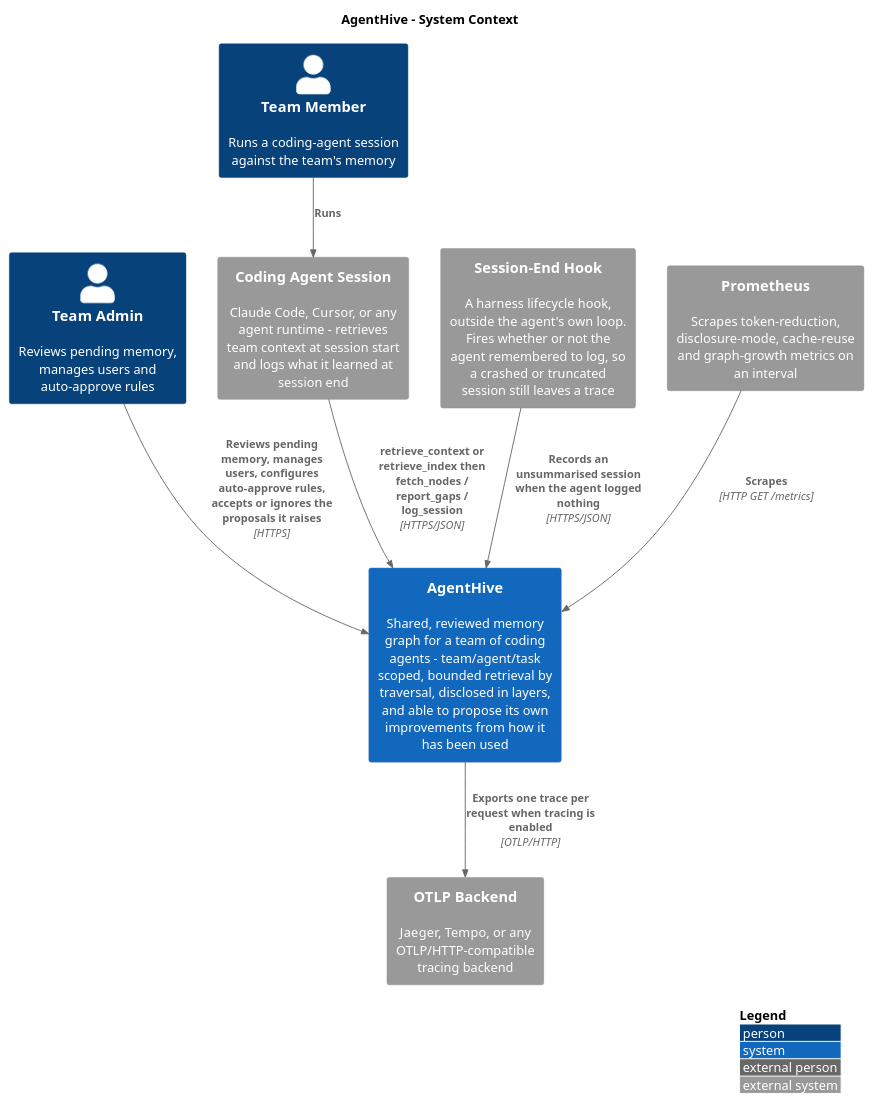
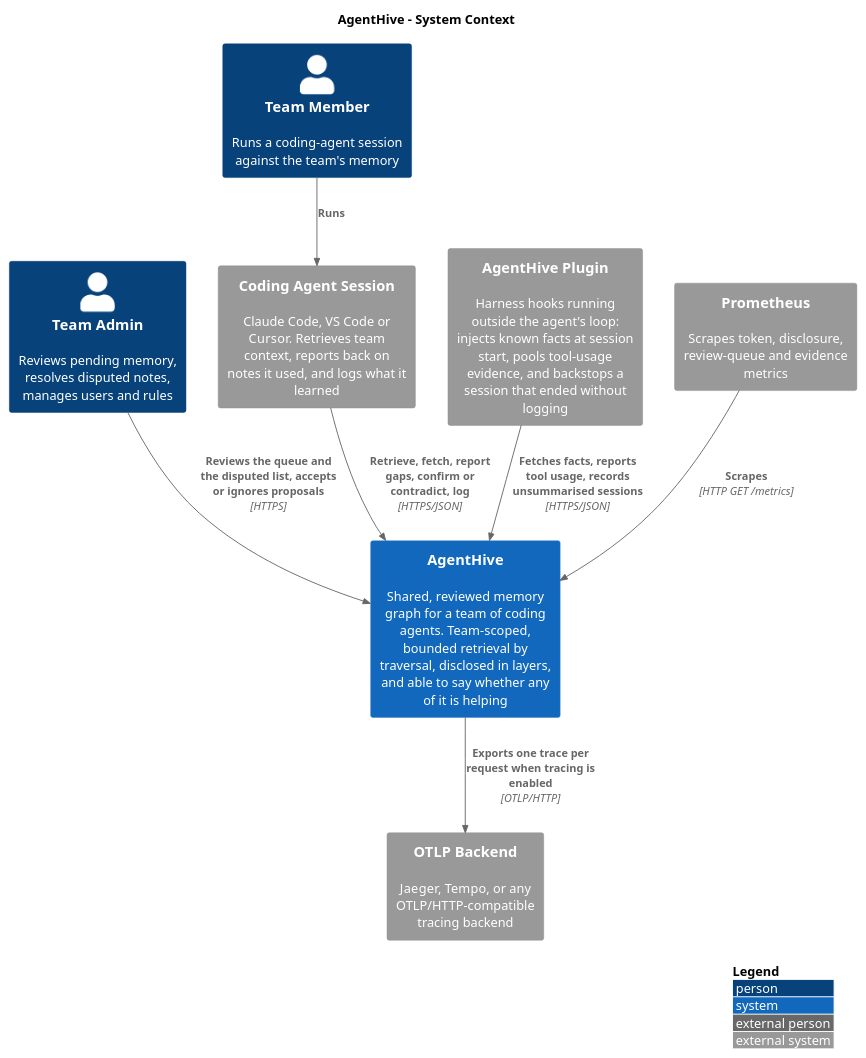
The diagram in docs/diagrams/c4-context.puml (polarpoint-io/agenthive), drawn with PlantUML before and after one commit. The commit also changed 8 other files, not shown here.

First line of the commit message:
docs: refresh architecture diagrams, hero and reference docs

```diff
--- a/docs/diagrams/c4-context.puml
+++ b/docs/diagrams/c4-context.puml
@@ -1,24 +1,24 @@
 @startuml
 !include https://raw.githubusercontent.com/plantuml-stdlib/C4-PlantUML/master/C4_Context.puml
 
 LAYOUT_WITH_LEGEND()
 title AgentHive - System Context
 
-Person(admin, "Team Admin", "Reviews pending memory, manages users and auto-approve rules")
+Person(admin, "Team Admin", "Reviews pending memory, resolves disputed notes, manages users and rules")
 Person(member, "Team Member", "Runs a coding-agent session against the team's memory")
 
-System(agenthive, "AgentHive", "Shared, reviewed memory graph for a team of coding agents - team/agent/task scoped, bounded retrieval by traversal, disclosed in layers, and able to propose its own improvements from how it has been used")
+System(agenthive, "AgentHive", "Shared, reviewed memory graph for a team of coding agents. Team-scoped, bounded retrieval by traversal, disclosed in layers, and able to say whether any of it is helping")
 
-System_Ext(coding_agent, "Coding Agent Session", "Claude Code, Cursor, or any agent runtime - retrieves team context at session start and logs what it learned at session end")
-System_Ext(session_hook, "Session-End Hook", "A harness lifecycle hook, outside the agent's own loop. Fires whether or not the agent remembered to log, so a crashed or truncated session still leaves a trace")
+System_Ext(coding_agent, "Coding Agent Session", "Claude Code, VS Code or Cursor. Retrieves team context, reports back on notes it used, and logs what it learned")
+System_Ext(plugin, "AgentHive Plugin", "Harness hooks running outside the agent's loop: injects known facts at session start, pools tool-usage evidence, and backstops a session that ended without logging")
 System_Ext(otel_backend, "OTLP Backend", "Jaeger, Tempo, or any OTLP/HTTP-compatible tracing backend")
-System_Ext(prometheus, "Prometheus", "Scrapes token-reduction, disclosure-mode, cache-reuse and graph-growth metrics on an interval")
+System_Ext(prometheus, "Prometheus", "Scrapes token, disclosure, review-queue and evidence metrics")
 
 Rel(member, coding_agent, "Runs")
-Rel(coding_agent, agenthive, "retrieve_context or retrieve_index then fetch_nodes / report_gaps / log_session", "HTTPS/JSON")
-Rel(session_hook, agenthive, "Records an unsummarised session when the agent logged nothing", "HTTPS/JSON")
-Rel(admin, agenthive, "Reviews pending memory, manages users, configures auto-approve rules, accepts or ignores the proposals it raises", "HTTPS")
+Rel(coding_agent, agenthive, "Retrieve, fetch, report gaps, confirm or contradict, log", "HTTPS/JSON")
+Rel(plugin, agenthive, "Fetches facts, reports tool usage, records unsummarised sessions", "HTTPS/JSON")
+Rel(admin, agenthive, "Reviews the queue and the disputed list, accepts or ignores proposals", "HTTPS")
 Rel(agenthive, otel_backend, "Exports one trace per request when tracing is enabled", "OTLP/HTTP")
 Rel(prometheus, agenthive, "Scrapes", "HTTP GET /metrics")
 
 @enduml
```
